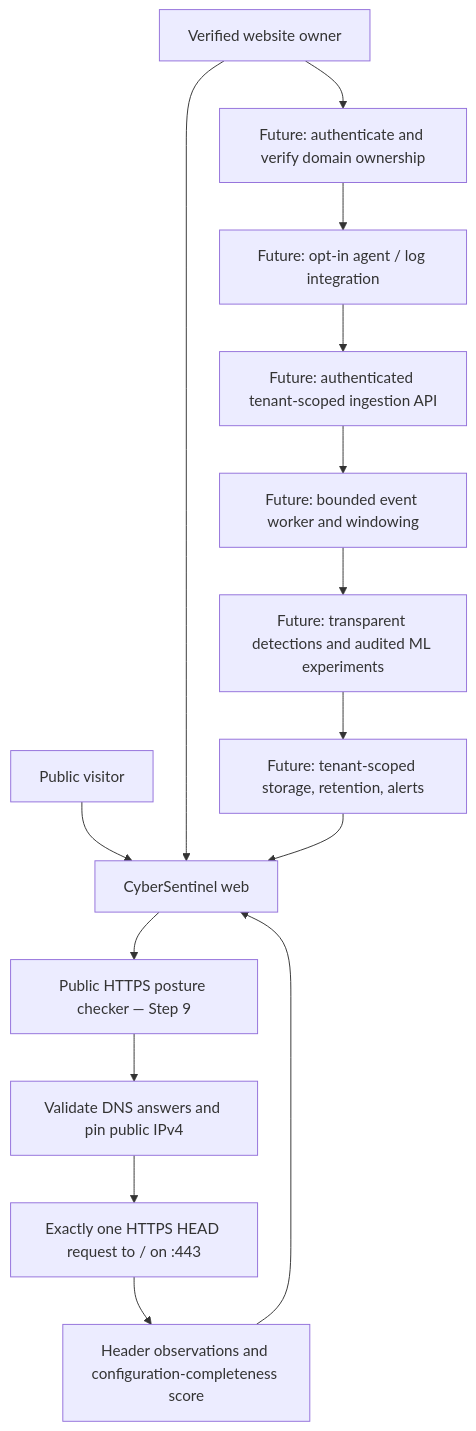
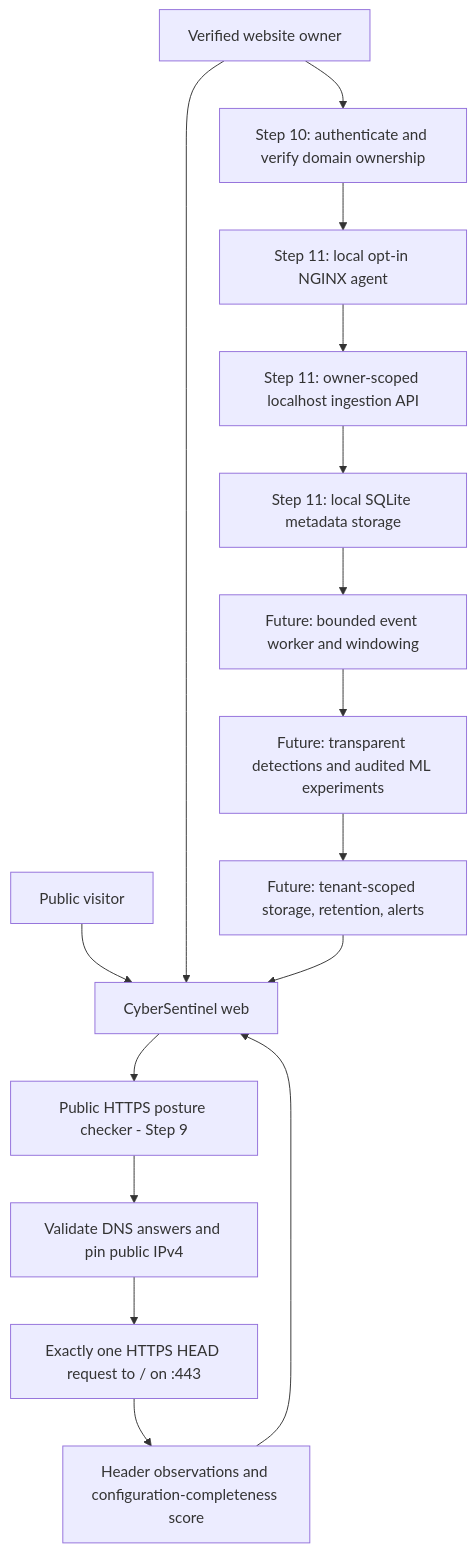
Before and after one commit to idozii/CyberSentinel-AI-powered-Security-Dashboard: the diagram in docs/PRODUCT_ARCHITECTURE.md, drawn with Mermaid. The commit also changed other lines of this file and 30 other files, not shown here.

Commit message:
feat: add local scoped telemetry agent and ingestion

````diff
--- a/docs/PRODUCT_ARCHITECTURE.md
+++ b/docs/PRODUCT_ARCHITECTURE.md
@@ -7,17 +7,18 @@
 ```mermaid
 flowchart TB
   V[Public visitor] --> UI[CyberSentinel web]
   O[Verified website owner] --> UI
-  UI --> P[Public HTTPS posture checker — Step 9]
+  UI --> P[Public HTTPS posture checker - Step 9]
   P --> DNS[Validate DNS answers and pin public IPv4]
   DNS --> HTTPS[Exactly one HTTPS HEAD request to / on :443]
   HTTPS --> SCORE[Header observations and configuration-completeness score]
   SCORE --> UI
-  O --> VERIFY[Future: authenticate and verify domain ownership]
-  VERIFY --> AGENT[Future: opt-in agent / log integration]
-  AGENT --> INGEST[Future: authenticated tenant-scoped ingestion API]
-  INGEST --> QUEUE[Future: bounded event worker and windowing]
+  O --> VERIFY[Step 10: authenticate and verify domain ownership]
+  VERIFY --> AGENT[Step 11: local opt-in NGINX agent]
+  AGENT --> INGEST[Step 11: owner-scoped localhost ingestion API]
+  INGEST --> SQLITE[Step 11: local SQLite metadata storage]
+  SQLITE --> QUEUE[Future: bounded event worker and windowing]
   QUEUE --> RULES[Future: transparent detections and audited ML experiments]
   RULES --> DB[Future: tenant-scoped storage, retention, alerts]
   DB --> UI
 ```
````
